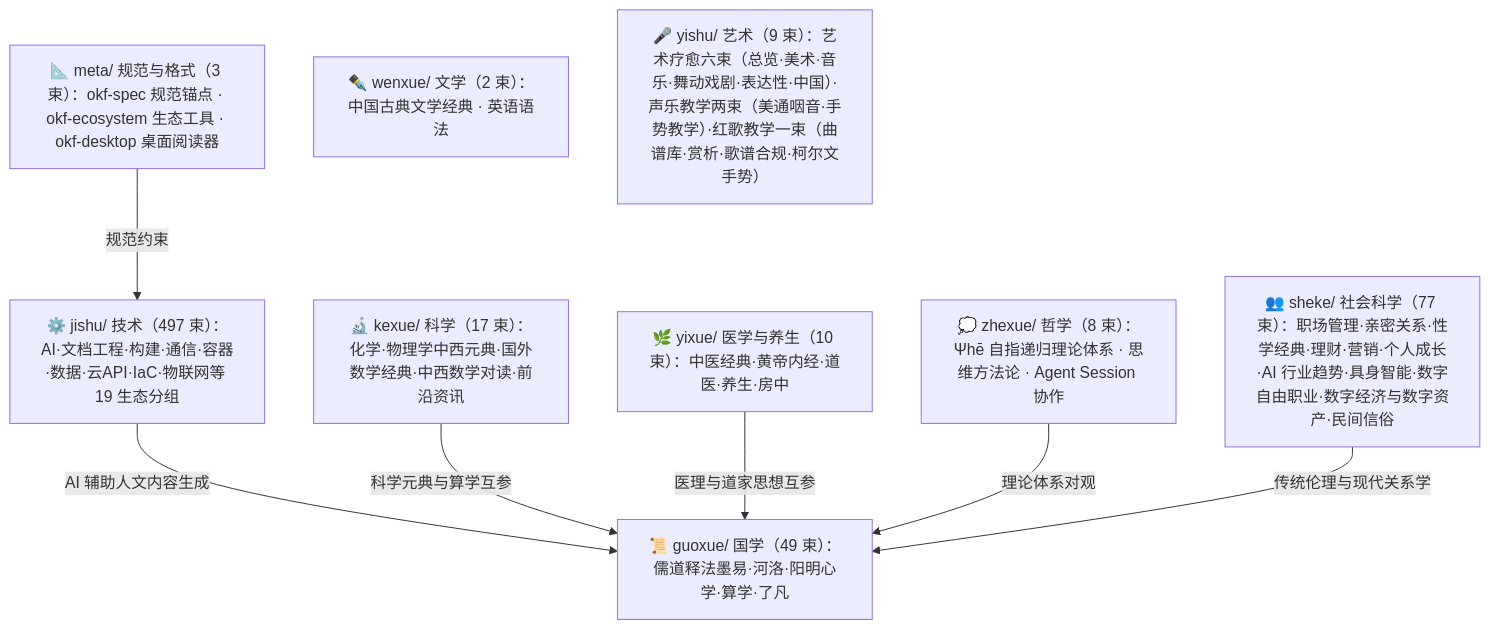
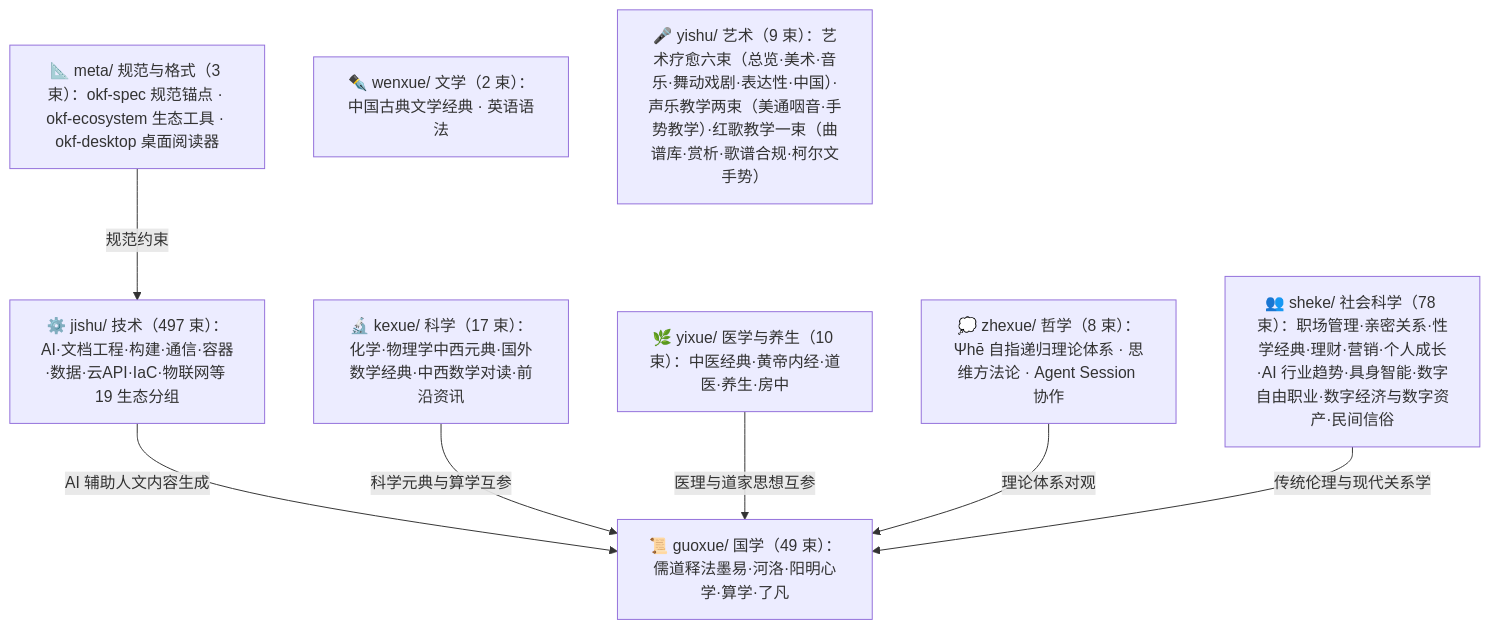
The diagram in doc/bundles/index.md (awesome-flexloop/awesome-okf), drawn with Mermaid before and after one commit. The commit also changed other lines of this file and 16 other files, not shown here.

````diff
--- a/doc/bundles/index.md
+++ b/doc/bundles/index.md
@@ -21,18 +21,18 @@
 ```mermaid
 flowchart TD
     meta["📐 meta/ 规范与格式（3 束）：okf-spec 规范锚点 · okf-ecosystem 生态工具 · okf-desktop 桌面阅读器"]
     guoxue["📜 guoxue/ 国学（49 束）：儒道释法墨易·河洛·阳明心学·算学·了凡"]
     zhexue["💭 zhexue/ 哲学（8 束）：Ψhē 自指递归理论体系 · 思维方法论 · Agent Session 协作"]
     kexue["🔬 kexue/ 科学（17 束）：化学·物理学中西元典·国外数学经典·中西数学对读·前沿资讯"]
     wenxue["✒️ wenxue/ 文学（2 束）：中国古典文学经典 · 英语语法"]
     yixue["🌿 yixue/ 医学与养生（10 束）：中医经典·黄帝内经·道医·养生·房中"]
-    sheke["👥 sheke/ 社会科学（77 束）：职场管理·亲密关系·性学经典·理财·营销·个人成长·AI 行业趋势·具身智能·数字自由职业·数字经济与数字资产·民间信俗"]
+    sheke["👥 sheke/ 社会科学（78 束）：职场管理·亲密关系·性学经典·理财·营销·个人成长·AI 行业趋势·具身智能·数字自由职业·数字经济与数字资产·民间信俗"]
     yishu["🎤 yishu/ 艺术（9 束）：艺术疗愈六束（总览·美术·音乐·舞动戏剧·表达性·中国）·声乐教学两束（美通咽音·手势教学）·红歌教学一束（曲谱库·赏析·歌谱合规·柯尔文手势）"]
     jishu["⚙️ jishu/ 技术（497 束）：AI·文档工程·构建·通信·容器·数据·云API·IaC·物联网等 19 生态分组"]
     meta -->|"规范约束"| jishu
     jishu -->|"AI 辅助人文内容生成"| guoxue
     kexue -->|"科学元典与算学互参"| guoxue
     yixue -->|"医理与道家思想互参"| guoxue
     zhexue -->|"理论体系对观"| guoxue
     sheke -->|"传统伦理与现代关系学"| guoxue
 ```
````
